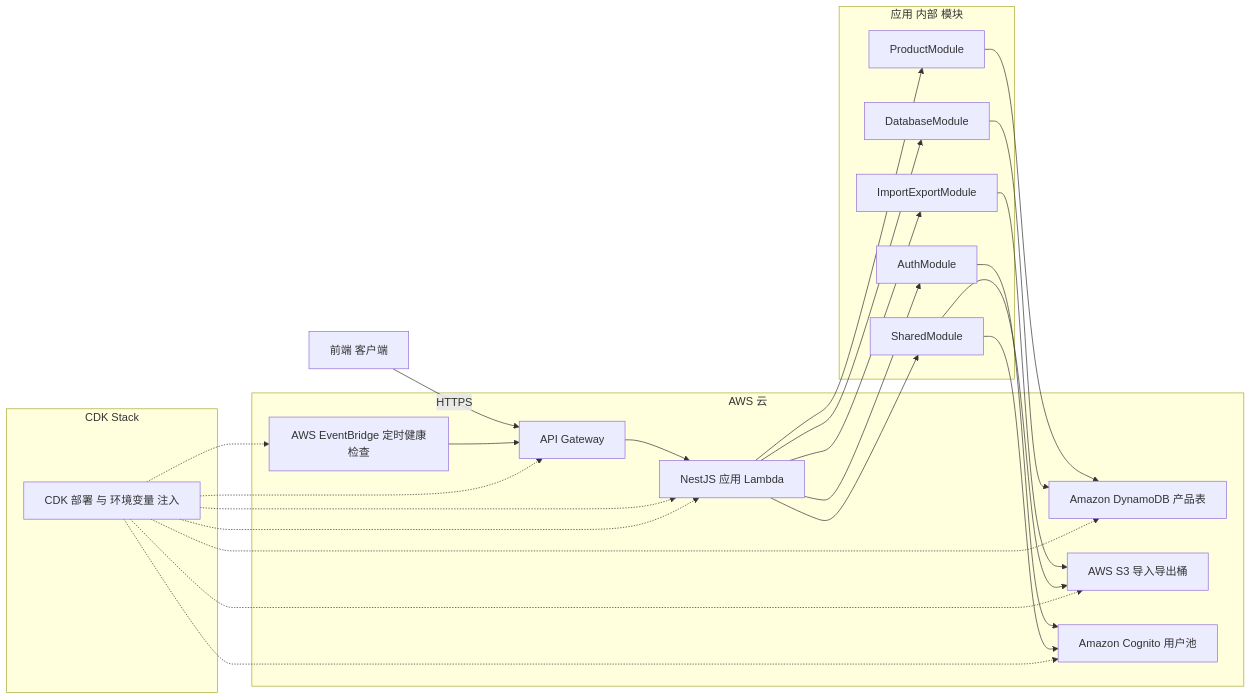
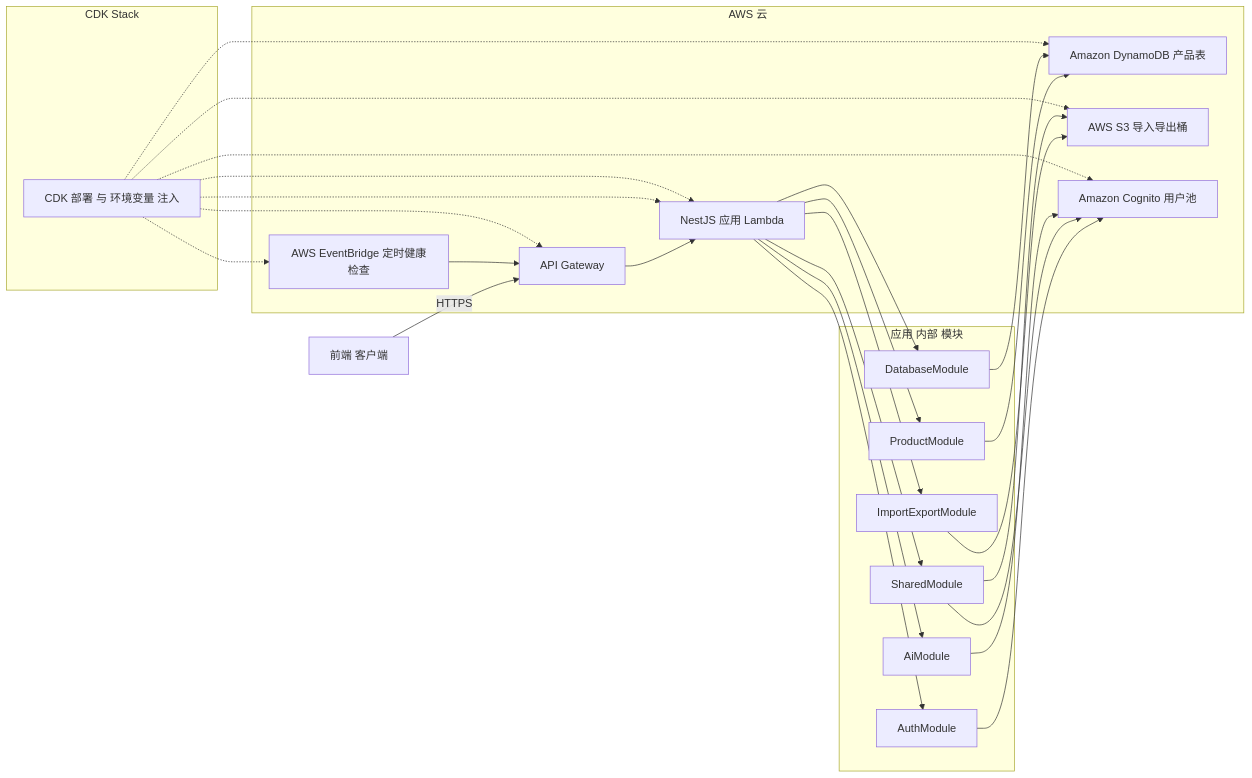
The diagram in docs/项目模板使用指南.zh-CN.md (lfhwnqe/aws-cdk-nestjs-ai-template), drawn with Mermaid before and after one commit. The commit also changed other lines of this file and 1 other file, not shown here.

````diff
--- a/docs/项目模板使用指南.zh-CN.md
+++ b/docs/项目模板使用指南.zh-CN.md
@@ -32,56 +32,59 @@
 ```mermaid
 graph LR
   %% 客户端
   client[前端 客户端]
 
   %% AWS 组件
   subgraph AWS[AWS 云]
     apigw[API Gateway]
     lambda_app[NestJS 应用 Lambda]
     ddb[Amazon DynamoDB 产品表]
     s3[AWS S3 导入导出桶]
     cognito[Amazon Cognito 用户池]
     evb[AWS EventBridge 定时健康检查]
   end
 
   %% CDK 基础设施
   subgraph CDK[CDK Stack]
     cdkstack[CDK 部署 与 环境变量 注入]
   end
 
   %% 应用内部模块
   subgraph APP[应用 内部 模块]
     mod_auth[AuthModule]
     mod_product[ProductModule]
     mod_impexp[ImportExportModule]
-    mod_shared[SharedModule]
-    mod_db[DatabaseModule]
+  mod_shared[SharedModule]
+  mod_db[DatabaseModule]
+  mod_ai[AiModule]
   end
 
   %% 调用关系
   client -->|HTTPS| apigw
   apigw --> lambda_app
   evb --> apigw
 
   lambda_app --> mod_auth
   lambda_app --> mod_product
   lambda_app --> mod_impexp
   lambda_app --> mod_shared
   lambda_app --> mod_db
+  lambda_app --> mod_ai
 
   mod_auth --> cognito
   mod_product --> ddb
   mod_impexp --> s3
   mod_shared --> cognito
   mod_shared --> s3
   mod_db --> ddb
+  mod_ai --> cognito
 
   %% 基础设施到资源与应用
   cdkstack -.-> apigw
   cdkstack -.-> lambda_app
   cdkstack -.-> ddb
   cdkstack -.-> s3
   cdkstack -.-> cognito
   cdkstack -.-> evb
   cdkstack -.-> lambda_app
 ```
````
